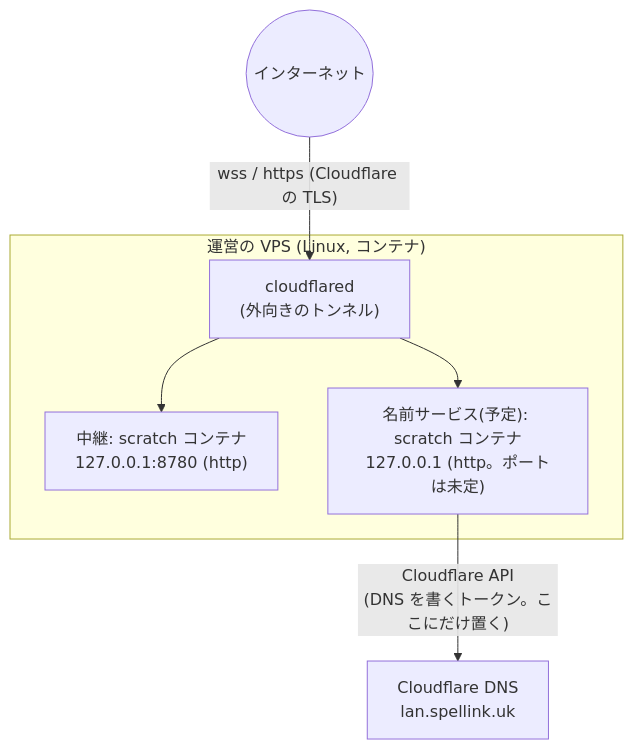
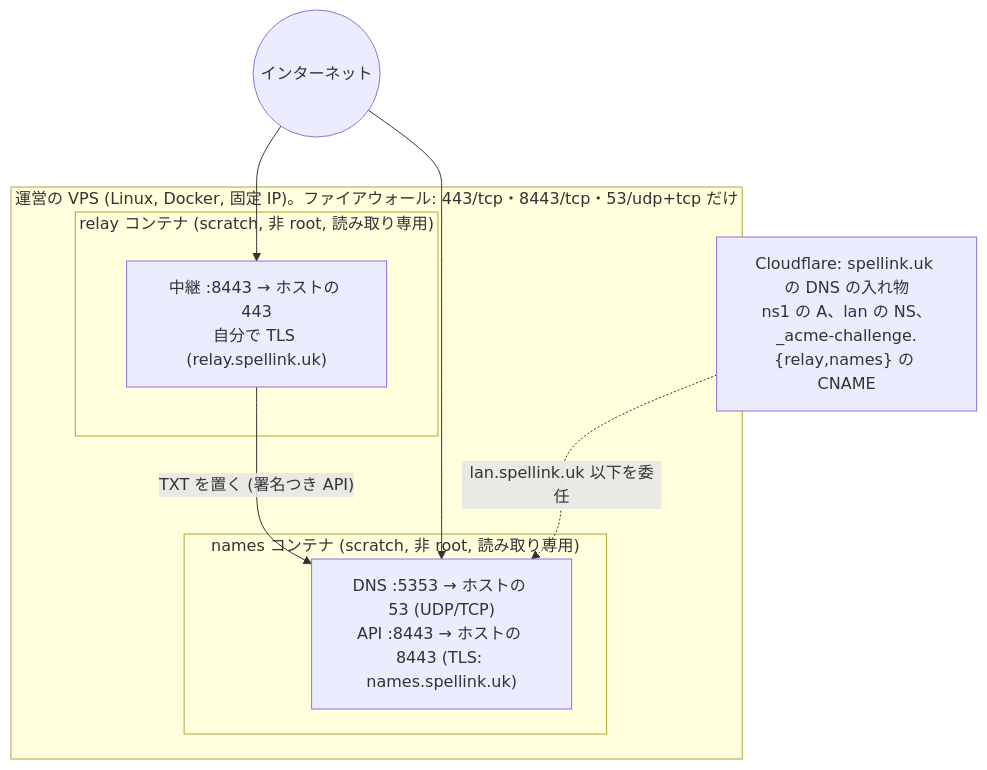
The second of 3 diagrams in docs/guides/architecture.md (DaisukeMatsuoh/Spellink), drawn with Mermaid before and after one commit. The commit also changed other lines of this file and 36 other files, not shown here.

Commit message:
docs, deploy and tests: ADR 0017 rewritten and 0019 added, architecture and operations guides, research status index, VPS compose and scratch Dockerfile; steadier tests (Nagle, UDP resend, ETXTBSY, startup wait)

````diff
--- a/docs/guides/architecture.md
+++ b/docs/guides/architecture.md
@@ -99,12 +100,17 @@
 ```mermaid
 flowchart TB
-  subgraph VPS["運営の VPS (Linux, コンテナ)"]
-    CFD["cloudflared<br/>(外向きのトンネル)"]
-    REL["中継: scratch コンテナ<br/>127.0.0.1:8780 (http)"]
-    NS["名前サービス(予定): scratch コンテナ<br/>127.0.0.1 (http。ポートは未定)"]
-    CFD --> REL
-    CFD --> NS
+  INET(("インターネット"))
+  subgraph VPS["運営の VPS (Linux, Docker, 固定 IP)。ファイアウォール: 443/tcp・8443/tcp・53/udp+tcp だけ"]
+    subgraph RC["relay コンテナ (scratch, 非 root, 読み取り専用)"]
+      REL["中継 :8443 → ホストの 443<br/>自分で TLS (relay.spellink.uk)"]
+    end
+    subgraph NC["names コンテナ (scratch, 非 root, 読み取り専用)"]
+      NS["DNS :5353 → ホストの 53 (UDP/TCP)<br/>API :8443 → ホストの 8443 (TLS: names.spellink.uk)"]
+    end
+    REL -- "TXT を置く (署名つき API)" --> NS
   end
-  INET(("インターネット")) -- "wss / https (Cloudflare の TLS)" --> CFD
-  NS -- "Cloudflare API<br/>(DNS を書くトークン。ここにだけ置く)" --> DNS["Cloudflare DNS<br/>lan.spellink.uk"]
+  INET --> REL
+  INET --> NS
+  CF["Cloudflare: spellink.uk の DNS の入れ物<br/>ns1 の A、lan の NS、_acme-challenge.{relay,names} の CNAME"]
+  CF -. "lan.spellink.uk 以下を委任" .-> NS
 ```
````
